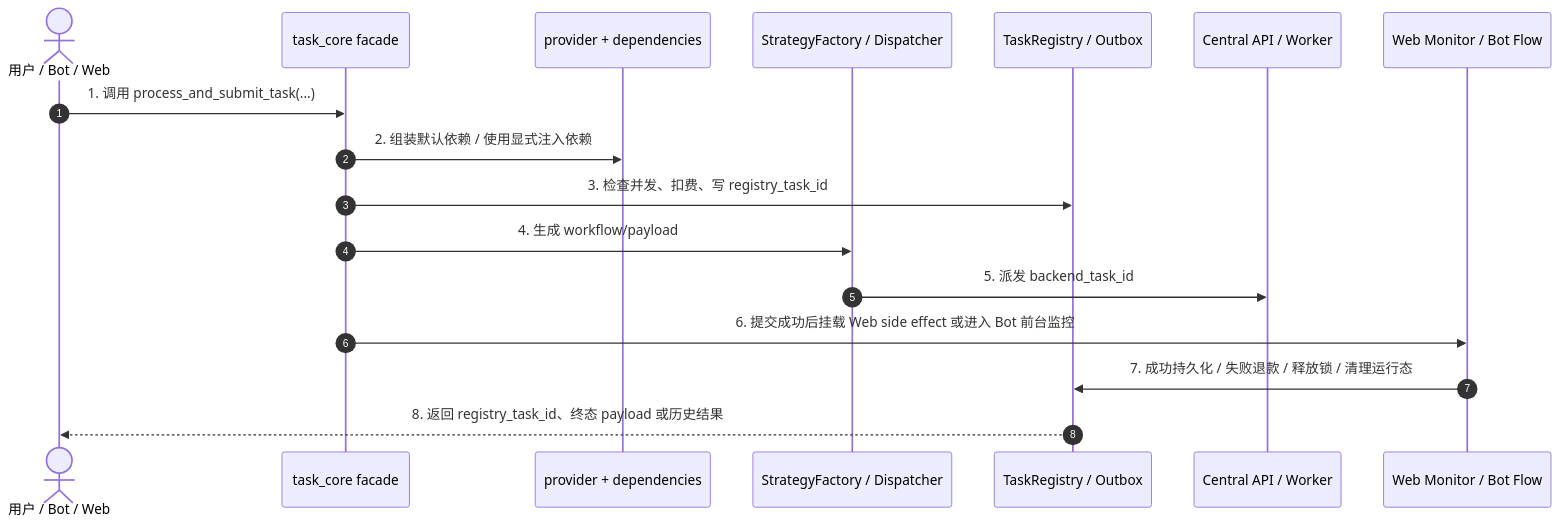
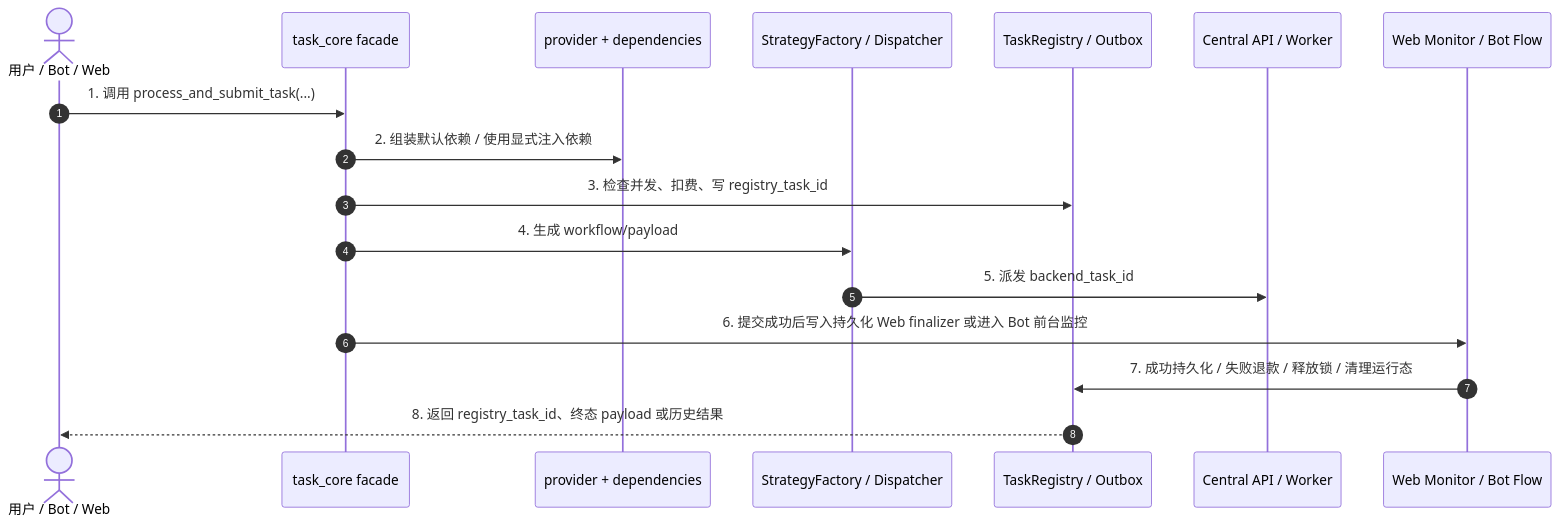
One commit to giraffu/All_bot changed the diagram in docs/子模块_任务调度_task_scheduler.md. Above: the diagram before and after it, drawn with Mermaid. The commit also changed other lines of this file and 45 other files, not shown here.

````diff
--- a/docs/子模块_任务调度_task_scheduler.md
+++ b/docs/子模块_任务调度_task_scheduler.md
@@ -38,20 +39,20 @@
 ```mermaid
 sequenceDiagram
     autonumber
     actor U as 用户 / Bot / Web
     participant Facade as task_core facade
     participant Deps as provider + dependencies
     participant Dispatcher as StrategyFactory / Dispatcher
     participant Registry as TaskRegistry / Outbox
     participant Backend as Central API / Worker
     participant Monitor as Web Monitor / Bot Flow
 
     U->>Facade: 1. 调用 process_and_submit_task(...)
     Facade->>Deps: 2. 组装默认依赖 / 使用显式注入依赖
     Facade->>Registry: 3. 检查并发、扣费、写 registry_task_id
     Facade->>Dispatcher: 4. 生成 workflow/payload
     Dispatcher->>Backend: 5. 派发 backend_task_id
-    Facade->>Monitor: 6. 提交成功后挂载 Web side effect 或进入 Bot 前台监控
+    Facade->>Monitor: 6. 提交成功后写入持久化 Web finalizer 或进入 Bot 前台监控
     Monitor->>Registry: 7. 成功持久化 / 失败退款 / 释放锁 / 清理运行态
     Registry-->>U: 8. 返回 registry_task_id、终态 payload 或历史结果
 ```
````
